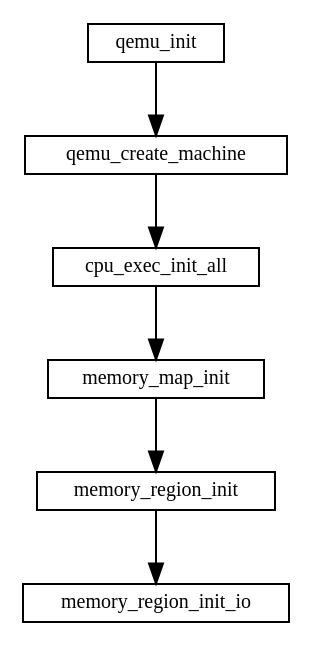
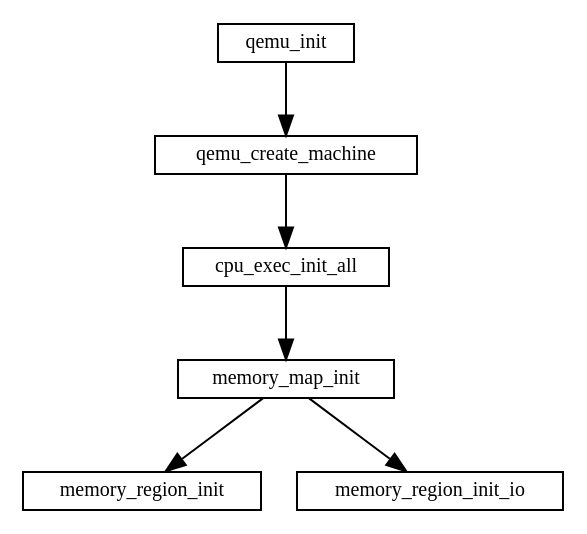
The diagram in qemu/qemu-kvm内存虚拟化.md (sisyphus1212/note), drawn with Graphviz before and after one commit.

Commit message:
auto_update

````diff
--- a/qemu/qemu-kvm内存虚拟化.md
+++ b/qemu/qemu-kvm内存虚拟化.md
@@ -10,15 +10,17 @@
 ```graphviz
 digraph {
     fontname="Helvetica,Arial,sans-serif"
     //node [fontname="Helvetica,Arial,sans-serif"]
     //edge [fontname="Helvetica,Arial,sans-serif"]
     //rankdir="LR"
     node [fontsize=10, shape=record, height=0.25]
     edge [fontsize=10]
     qemu_init -> qemu_create_machine
               -> cpu_exec_init_all
               -> memory_map_init
-              -> memory_region_init
-              -> memory_region_init_io
+              memory_map_init
+                -> memory_region_init
+              memory_map_init
+                -> memory_region_init_io
 }
 ```
````
